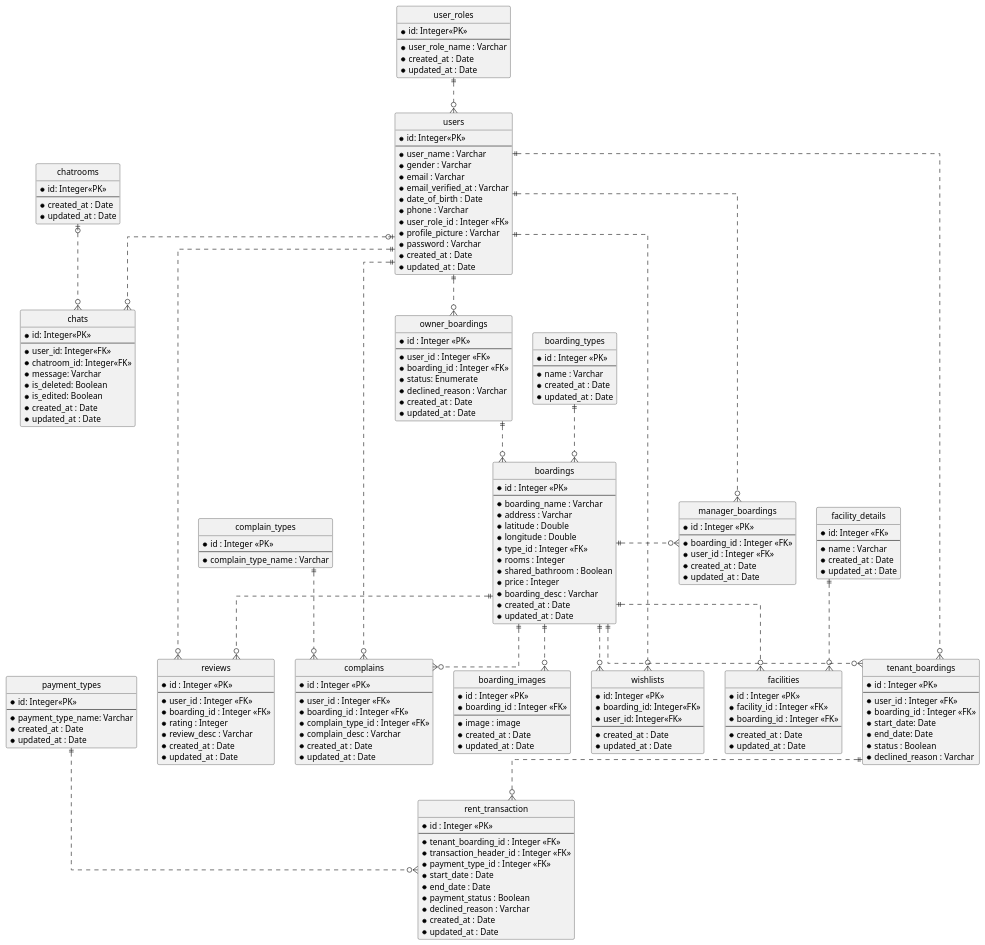
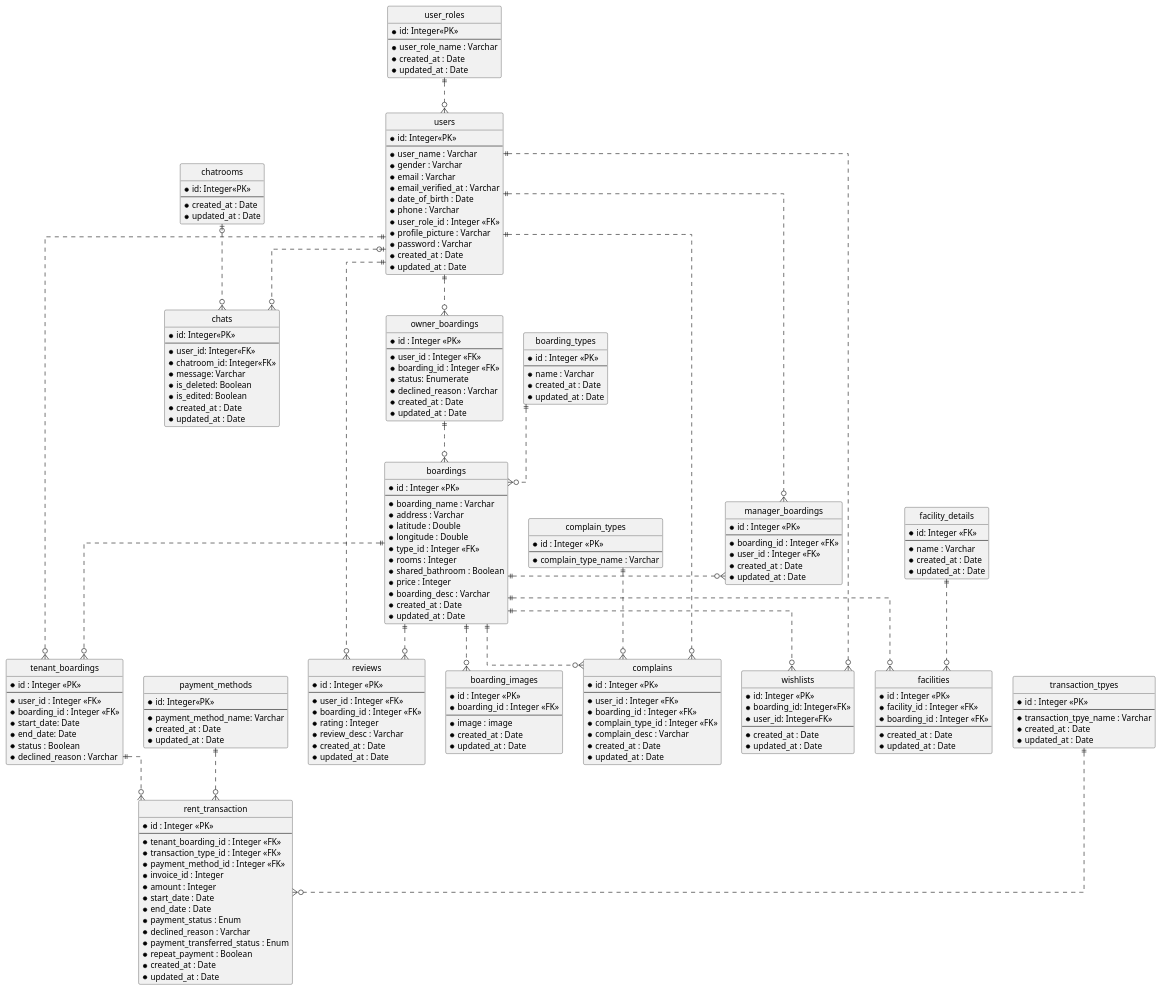
The diagram in Design/BHFMS_ERD.puml (AntWort21/BHFMS), drawn with PlantUML before and after one commit. The commit also changed 34 other files, not shown here.

```diff
--- a/Design/BHFMS_ERD.puml
+++ b/Design/BHFMS_ERD.puml
@@ -95,12 +95,16 @@
   *id : Integer <<PK>>
   --
   *tenant_boarding_id : Integer <<FK>>
-  *transaction_header_id : Integer <<FK>> 
-  *payment_type_id : Integer <<FK>>
+  *transaction_type_id : Integer <<FK>> 
+  *payment_method_id : Integer <<FK>>
+  *invoice_id : Integer
+  *amount : Integer
   *start_date : Date
   *end_date : Date
-  *payment_status : Boolean
+  *payment_status : Enum
   *declined_reason : Varchar
+  *payment_transferred_status : Enum
+  *repeat_payment : Boolean
   *created_at : Date
   *updated_at : Date
 }
@@ -172,10 +176,10 @@
   *updated_at : Date
 }
 
-entity "payment_types" as pymnt {
+entity "payment_methods" as pymnt {
   *id: Integer<<PK>>
   --
-  *payment_type_name: Varchar
+  *payment_method_name: Varchar
   *created_at : Date
   *updated_at : Date
 }
@@ -199,6 +203,14 @@
   *updated_at : Date
 }
 
+entity "transaction_tpyes" as tt {
+  *id : Integer <<PK>>
+  --
+  *transaction_tpye_name : Varchar
+  *created_at : Date
+  *updated_at : Date
+}
+
 usrl ||..o{usr
 bh ||..o{ bhi
 bh ||..o{ f
@@ -209,6 +221,7 @@
 
 tb ||..o{ rt
 pymnt ||..o{ rt
+tt ||..o{rt
 
 usr ||..o{ lobh
 lobh ||..o{ bh
```
